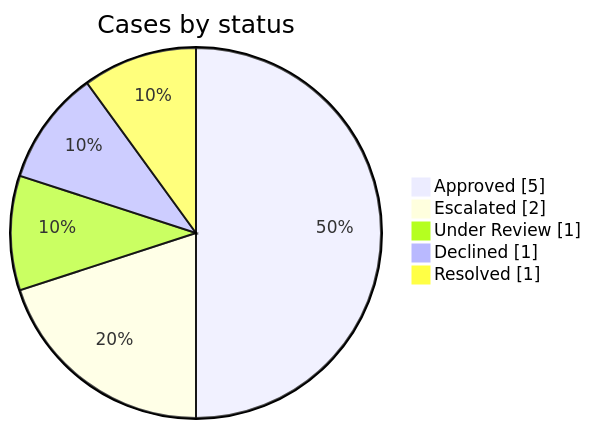
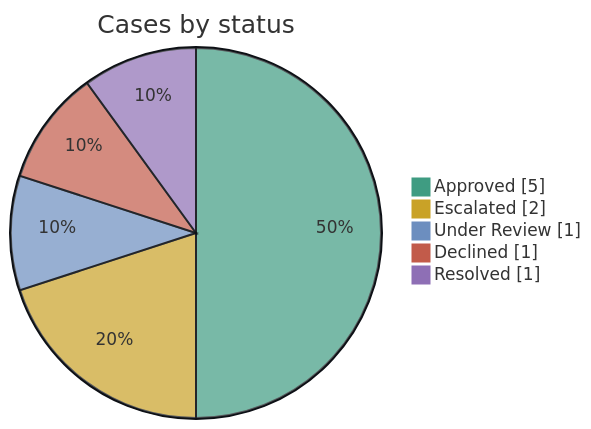
One commit to TJON-Star/Aldenbrook-Pay-KYB-KYC-Sanctions-Casework-Register changed the second of 7 diagrams in README.md. Above: the diagram before and after it, drawn with Mermaid. The commit also changed other lines of this file, not shown here.

````diff
--- a/README.md
+++ b/README.md
@@ -50,8 +43,9 @@
 ```mermaid
+%%{init: {"theme": "base", "themeVariables": {"pie1": "#3F9C82", "pie2": "#C9A227", "pie3": "#6C8EBF", "pie4": "#C25B4A", "pie5": "#8E6FB5", "pieStrokeColor": "#0E1116", "pieOuterStrokeColor": "#0E1116"}}}%%
 pie showData title Cases by status
     "Approved" : 5
     "Escalated" : 2
     "Under Review" : 1
     "Declined" : 1
     "Resolved" : 1
 ```
````
